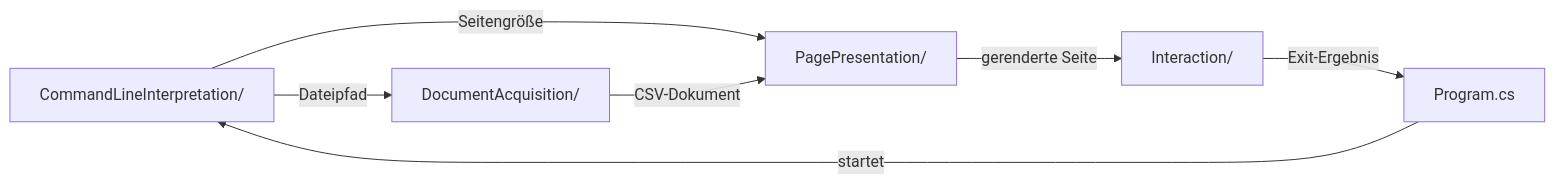
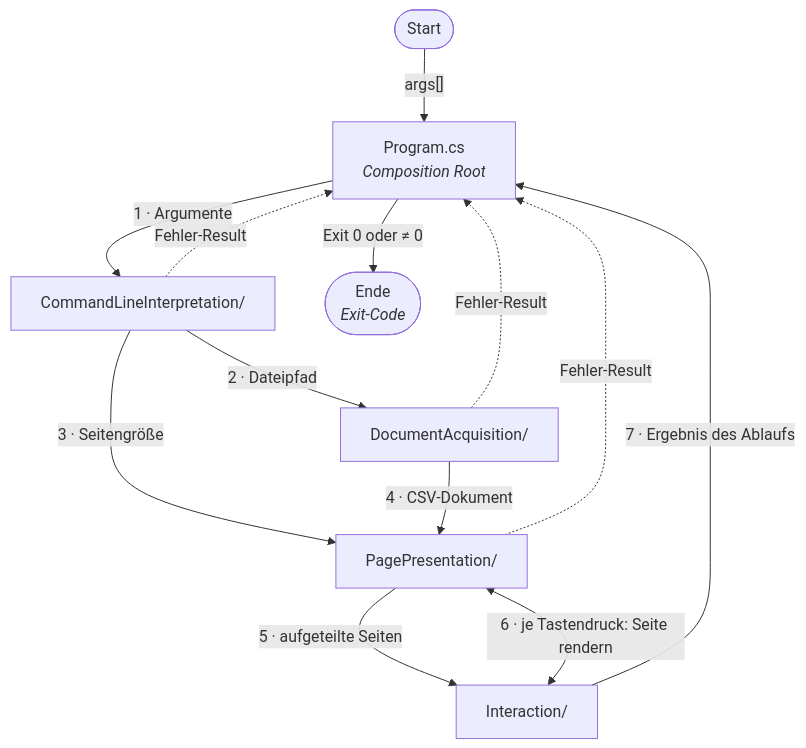
Before and after one commit to stho32/CCD-csvviewer-2026: the second of 2 diagrams in Architektur-Karte.md, drawn with Mermaid. The commit also changed other lines of this file, not shown here.

Commit message:
Datenfluss mit Start, Ende, Phasen und Fehlerpfad
Das bisherige Bild zeigte eine durchgehende Kette und verschwieg damit, dass die
Teile in verschiedenen Takten laufen: Schritte 1-5 einmalig beim Start, Schritt 6
bei jedem Tastendruck.

PagePresentation erscheint deshalb in beiden Phasen — Seiten-Aufteilung einmalig,
Tabellen-Rendering je Zeichenvorgang. Genau daher kommt es, dass dieselbe Spalte
auf verschiedenen Seiten unterschiedlich breit sein kann.

Ausserdem die Fehlerpfade als gestrichelte Kanten: Jeder Startschritt kann mit
einem Fehler-Result abbrechen, dann beginnt der Zyklus nie. Das ist kein zweiter
Kontrollfluss, sondern der Rueckgabeweg des Result-Musters.

````diff
--- a/Architektur-Karte.md
+++ b/Architektur-Karte.md
@@ -106,14 +108,24 @@
 ```mermaid
-flowchart LR
-  A00007["CommandLineInterpretation/"]
-  A00003["DocumentAcquisition/"]
-  A00004["PagePresentation/"]
-  A00005["Interaction/"]
-  A00006["Program.cs"]
-  A00006 -- "startet" --> A00007
-  A00007 -- "Dateipfad" --> A00003
-  A00007 -- "Seitengröße" --> A00004
-  A00003 -- "CSV-Dokument" --> A00004
-  A00004 -- "gerenderte Seite" --> A00005
-  A00005 -- "Exit-Ergebnis" --> A00006
+flowchart TB
+  Start(["Start"])
+  Prog["Program.cs<br/><i>Composition Root</i>"]
+  CLI["CommandLineInterpretation/"]
+  DOC["DocumentAcquisition/"]
+  PAGE["PagePresentation/"]
+  INT["Interaction/"]
+  Ende(["Ende<br/><i>Exit-Code</i>"])
+
+  Start -- "args[]" --> Prog
+  Prog -- "1 · Argumente" --> CLI
+  CLI -- "2 · Dateipfad" --> DOC
+  CLI -- "3 · Seitengröße" --> PAGE
+  DOC -- "4 · CSV-Dokument" --> PAGE
+  PAGE -- "5 · aufgeteilte Seiten" --> INT
+  INT <-- "6 · je Tastendruck: Seite rendern" --> PAGE
+  INT -- "7 · Ergebnis des Ablaufs" --> Prog
+  Prog -- "Exit 0 oder ≠ 0" --> Ende
+
+  CLI -. "Fehler-Result" .-> Prog
+  DOC -. "Fehler-Result" .-> Prog
+  PAGE -. "Fehler-Result" .-> Prog
 ```
````
